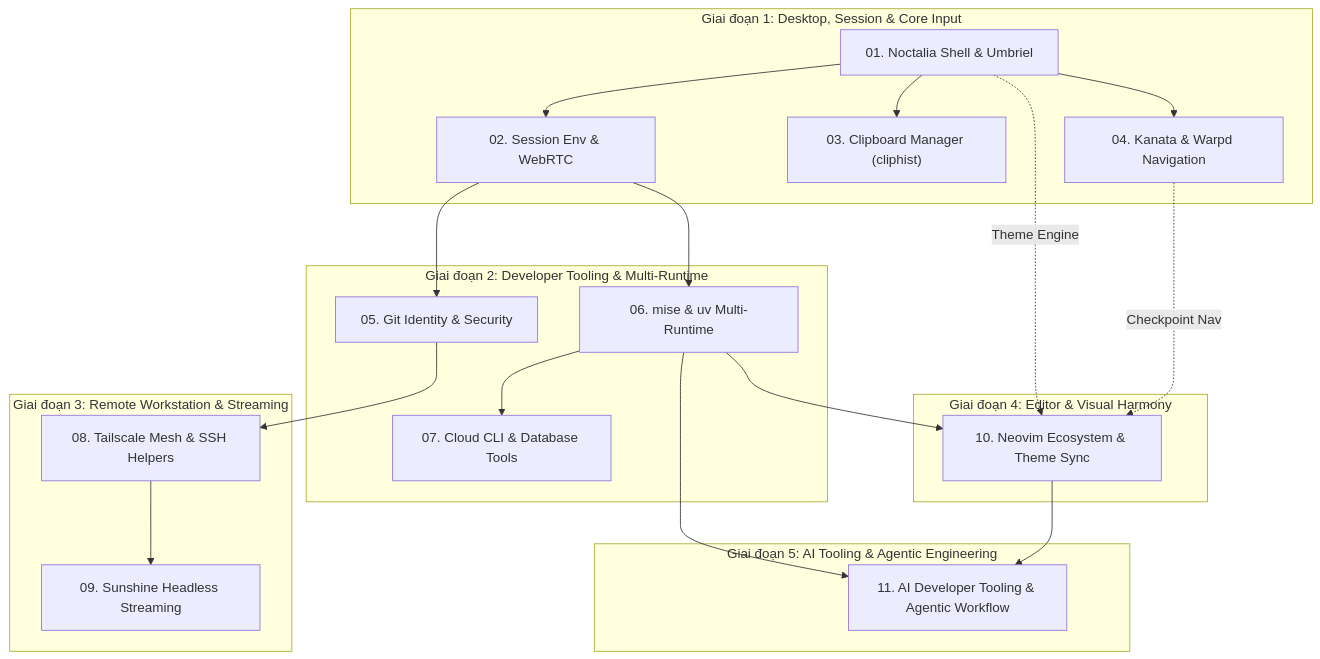
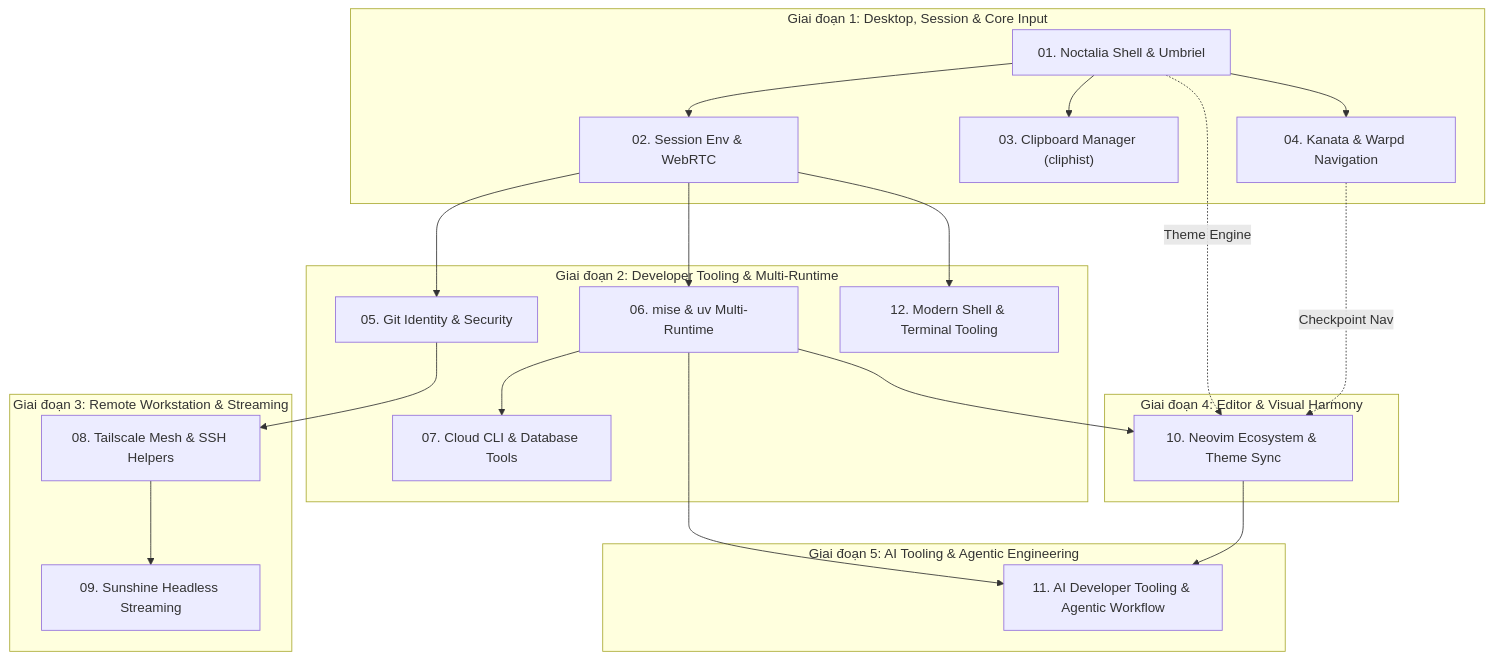
One commit to Aethries/dotfiles changed the diagram in plans/README.md. Above: the diagram before and after it, drawn with Mermaid. The commit also changed other lines of this file and 43 other files, not shown here.

````diff
--- a/plans/README.md
+++ b/plans/README.md
@@ -9,30 +9,31 @@
 ```mermaid
 flowchart TD
     subgraph G1["Giai đoạn 1: Desktop, Session & Core Input"]
         P01["01. Noctalia Shell & Umbriel"] --> P02["02. Session Env & WebRTC"]
         P01 --> P03["03. Clipboard Manager (cliphist)"]
         P01 --> P04["04. Kanata & Warpd Navigation"]
     end
 
     subgraph G2["Giai đoạn 2: Developer Tooling & Multi-Runtime"]
         P02 --> P05["05. Git Identity & Security"]
         P02 --> P06["06. mise & uv Multi-Runtime"]
         P06 --> P07["07. Cloud CLI & Database Tools"]
+        P02 --> P12["12. Modern Shell & Terminal Tooling"]
     end
 
     subgraph G3["Giai đoạn 3: Remote Workstation & Streaming"]
         P05 --> P08["08. Tailscale Mesh & SSH Helpers"]
         P08 --> P09["09. Sunshine Headless Streaming"]
     end
 
     subgraph G4["Giai đoạn 4: Editor & Visual Harmony"]
         P06 --> P10["10. Neovim Ecosystem & Theme Sync"]
         P01 -. Theme Engine .-> P10
         P04 -. Checkpoint Nav .-> P10
     end
 
     subgraph G5["Giai đoạn 5: AI Tooling & Agentic Engineering"]
         P06 --> P11["11. AI Developer Tooling & Agentic Workflow"]
         P10 --> P11
     end
 ```
````
